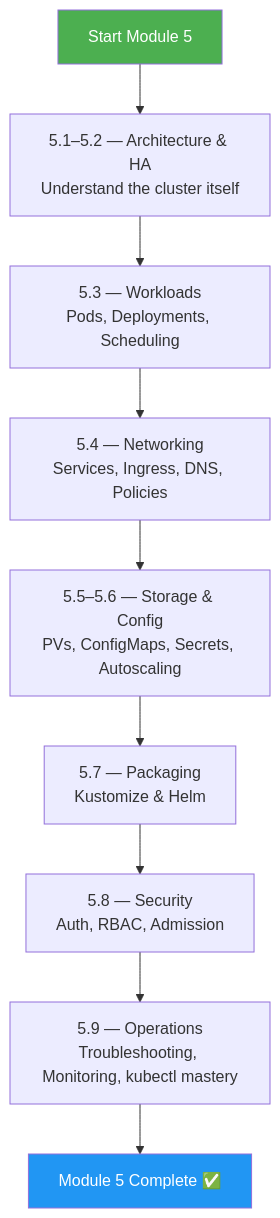
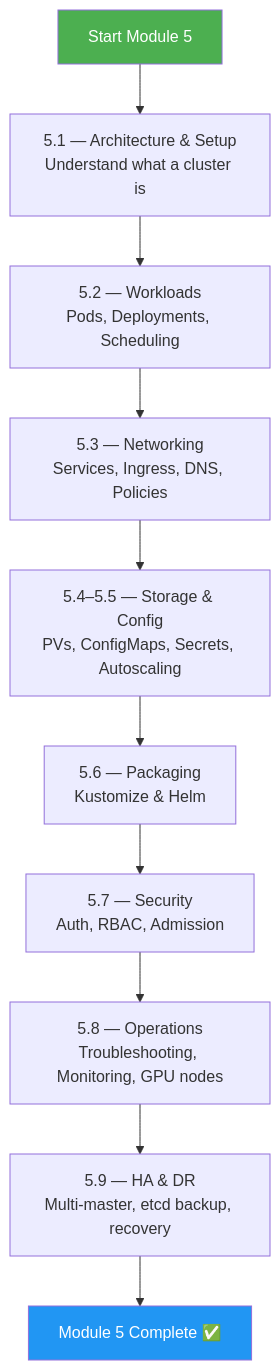
Before and after one commit to VidhyadharanSS/PlatformEngineeringNotes: the second of 3 diagrams in 5-Kubernetes/Module_5_Approach_Guide.md, drawn with Mermaid. The commit also changed other lines of this file and 120 other files, not shown here.

````diff
--- a/5-Kubernetes/Module_5_Approach_Guide.md
+++ b/5-Kubernetes/Module_5_Approach_Guide.md
@@ -81,14 +82,15 @@
 ```mermaid
 flowchart TD
-    A[Start Module 5] --> B["5.1–5.2 — Architecture & HA<br/>Understand the cluster itself"]
-    B --> C["5.3 — Workloads<br/>Pods, Deployments, Scheduling"]
-    C --> D["5.4 — Networking<br/>Services, Ingress, DNS, Policies"]
-    D --> E["5.5–5.6 — Storage & Config<br/>PVs, ConfigMaps, Secrets, Autoscaling"]
-    E --> F["5.7 — Packaging<br/>Kustomize & Helm"]
-    F --> G["5.8 — Security<br/>Auth, RBAC, Admission"]
-    G --> H["5.9 — Operations<br/>Troubleshooting, Monitoring, kubectl mastery"]
-    H --> I[Module 5 Complete ✅]
+    A[Start Module 5] --> B["5.1 — Architecture & Setup<br/>Understand what a cluster is"]
+    B --> C["5.2 — Workloads<br/>Pods, Deployments, Scheduling"]
+    C --> D["5.3 — Networking<br/>Services, Ingress, DNS, Policies"]
+    D --> E["5.4–5.5 — Storage & Config<br/>PVs, ConfigMaps, Secrets, Autoscaling"]
+    E --> F["5.6 — Packaging<br/>Kustomize & Helm"]
+    F --> G["5.7 — Security<br/>Auth, RBAC, Admission"]
+    G --> H["5.8 — Operations<br/>Troubleshooting, Monitoring, GPU nodes"]
+    H --> HA["5.9 — HA & DR<br/>Multi-master, etcd backup, recovery"]
+    HA --> I[Module 5 Complete ✅]
 
     style A fill:#4CAF50,color:#fff
     style I fill:#2196F3,color:#fff
 ```
````
